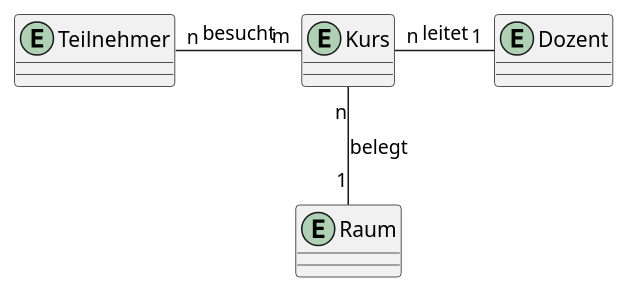
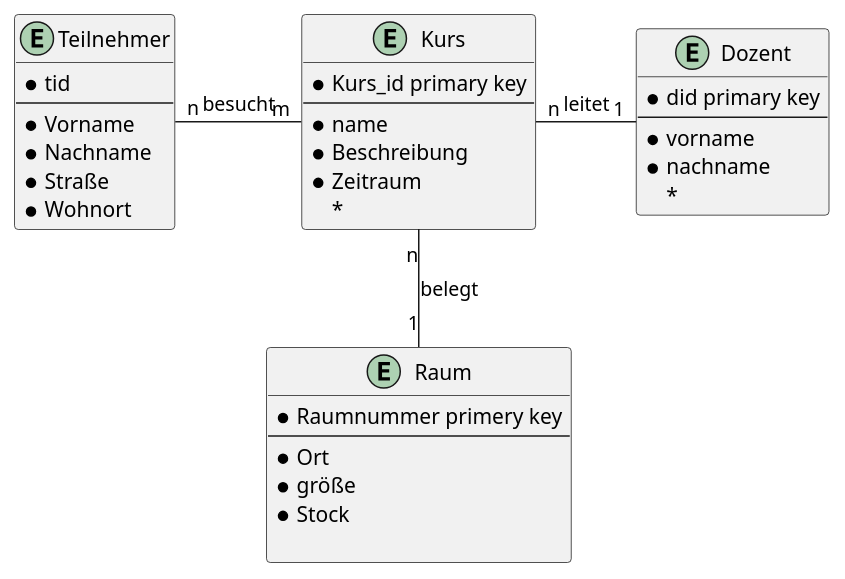
One commit to Martin1088/Plantuml-With-Screenreader changed the diagram in sql_Grimme/Kurs.puml. Above: the diagram before and after it, drawn with PlantUML. The commit also changed 16 other files, not shown here.

```diff
--- a/sql_Grimme/Kurs.puml
+++ b/sql_Grimme/Kurs.puml
@@ -1,14 +1,41 @@
 @startuml name Kurs 
-entity Teilnehmer {}
+entity Teilnehmer {
+    * tid 
+    --
+    * Vorname
+    * Nachname
+    * Straße
+    * Wohnort
+}
 
-entity Kurs {}
+entity Kurs {
+    * Kurs_id primary key 
+    --
+    * name
+    * Beschreibung 
+    * Zeitraum
+    * 
+}
 
-entity Raum {}
+entity Raum {
+    * Raumnummer primery key 
+    --
+    * Ort 
+    * größe
+    * Stock
 
-entity Dozent {}
+}
+
+entity Dozent {
+    * did primary key 
+    --
+    * vorname
+    * nachname
+    * 
+}
 '' Beziehunngen 
 Teilnehmer "n" - "m" Kurs: besucht
 Kurs "n" - "1" Dozent: leitet
 Kurs "n" -- "1" Raum: belegt
 
 @endeuml
```
